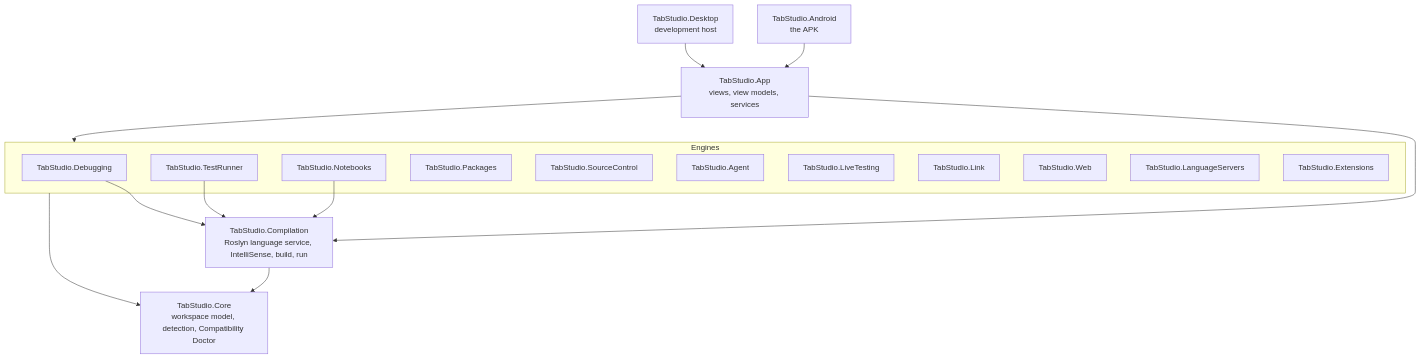
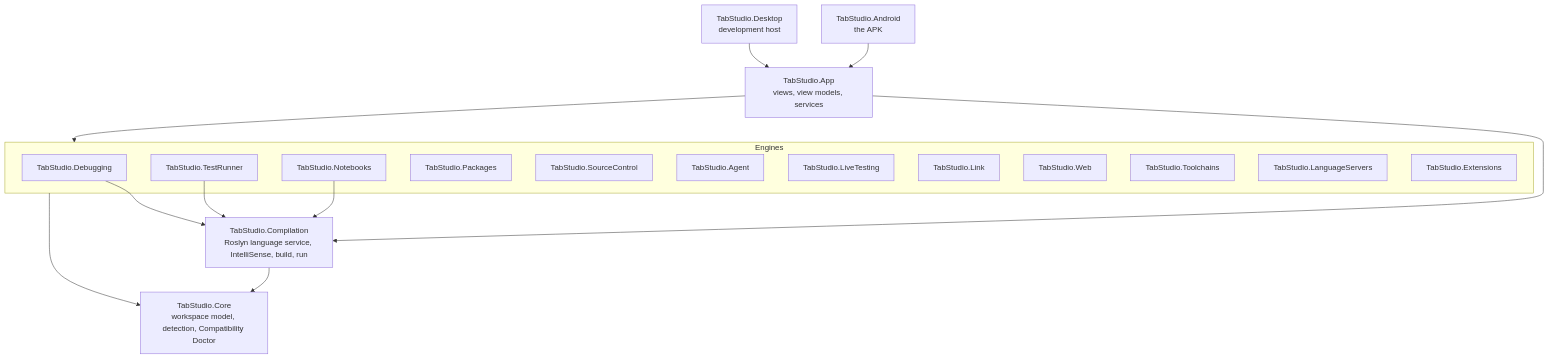
Before and after one commit to yahav2898/tabstudio: the first of 2 diagrams in docs/ARCHITECTURE.md, drawn with Mermaid. The commit also changed other lines of this file and 6 other files, not shown here.

````diff
--- a/docs/ARCHITECTURE.md
+++ b/docs/ARCHITECTURE.md
@@ -9,26 +9,27 @@
 ```mermaid
 flowchart TB
     Android["TabStudio.Android<br/>the APK"] --> App
     Desktop["TabStudio.Desktop<br/>development host"] --> App
     App["TabStudio.App<br/>views, view models, services"] --> Engines
     subgraph Engines["Engines"]
         Debugging["TabStudio.Debugging"]
         TestRunner["TabStudio.TestRunner"]
         Notebooks["TabStudio.Notebooks"]
         Packages["TabStudio.Packages"]
         SourceControl["TabStudio.SourceControl"]
         Agent["TabStudio.Agent"]
         LiveTesting["TabStudio.LiveTesting"]
         Link["TabStudio.Link"]
         Web["TabStudio.Web"]
+        Toolchains["TabStudio.Toolchains"]
         LanguageServers["TabStudio.LanguageServers"]
         Extensions["TabStudio.Extensions"]
     end
     Debugging --> Compilation
     TestRunner --> Compilation
     Notebooks --> Compilation
     Engines --> Core
     App --> Compilation
     Compilation["TabStudio.Compilation<br/>Roslyn language service, IntelliSense, build, run"] --> Core
     Core["TabStudio.Core<br/>workspace model, detection, Compatibility Doctor"]
 ```
````
